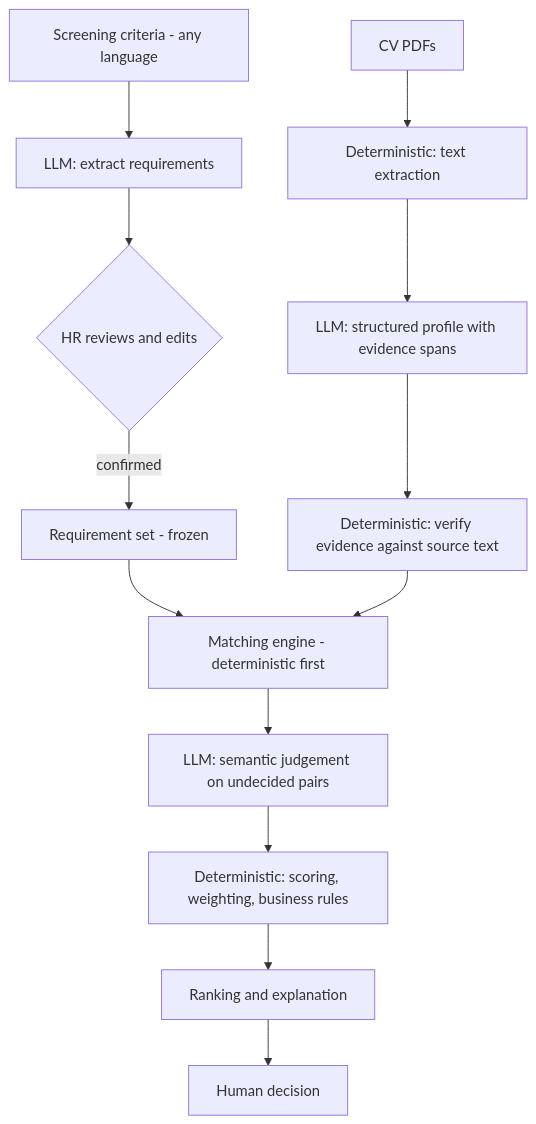
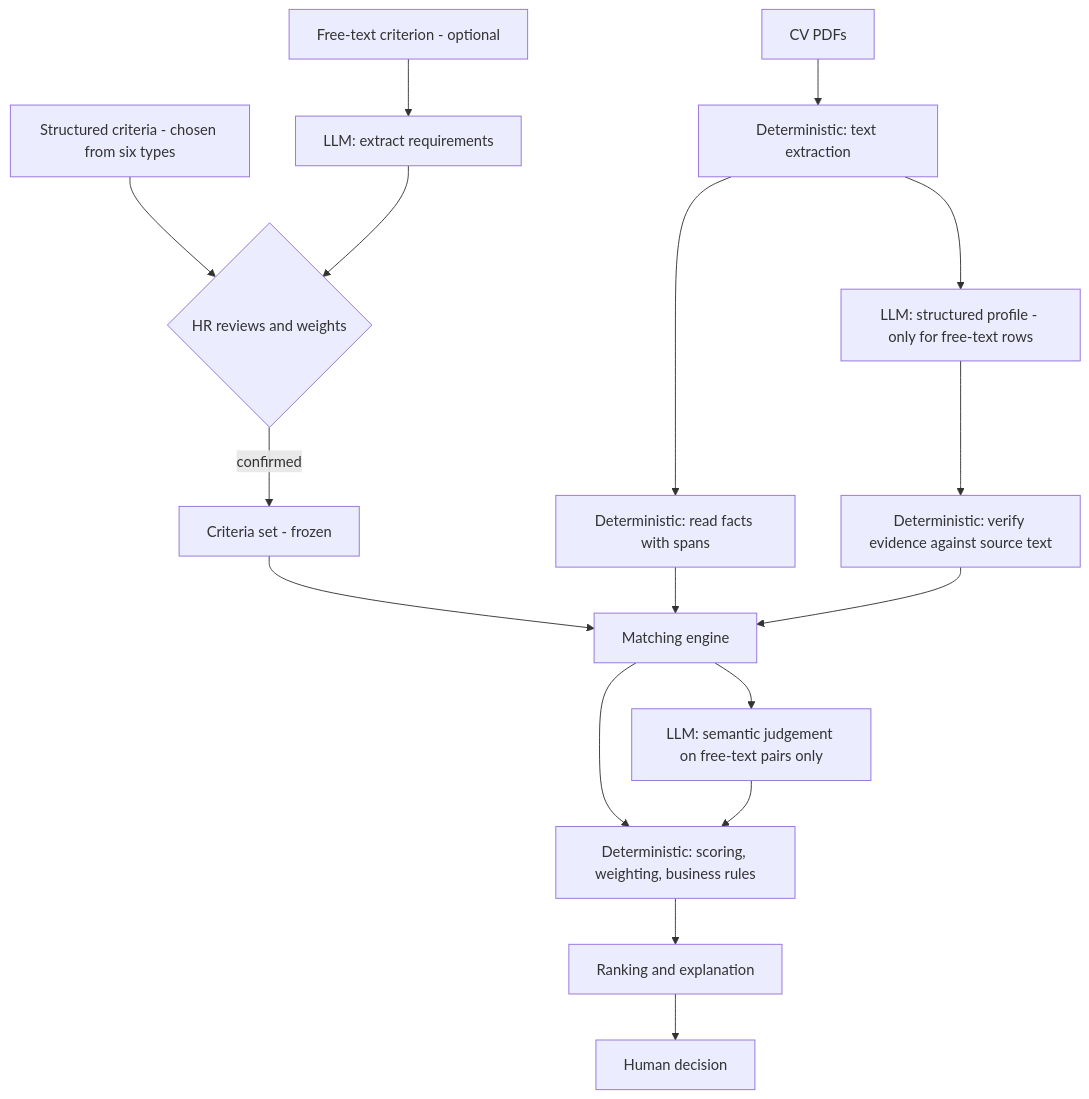
The diagram in README.md (justinchristroper-arch/ai-cv-screener), drawn with Mermaid before and after one commit. The commit also changed other lines of this file and 64 other files, not shown here.

First line of the commit message:
feat: structured, evidence-based screening criteria

````diff
--- a/README.md
+++ b/README.md
@@ -347,15 +409,19 @@
 ```mermaid
 flowchart TD
-    A[Screening criteria - any language] --> B[LLM: extract requirements]
-    B --> C{HR reviews and edits}
-    C -->|confirmed| D[Requirement set - frozen]
+    A[Structured criteria - chosen from six types] --> C{HR reviews and weights}
+    A2[Free-text criterion - optional] --> B[LLM: extract requirements]
+    B --> C
+    C -->|confirmed| D[Criteria set - frozen]
     E[CV PDFs] --> F[Deterministic: text extraction]
-    F --> G[LLM: structured profile with evidence spans]
-    G --> H[Deterministic: verify evidence against source text]
-    D --> I[Matching engine - deterministic first]
+    F --> G[Deterministic: read facts with spans]
+    F --> G2[LLM: structured profile - only for free-text rows]
+    G2 --> H[Deterministic: verify evidence against source text]
+    D --> I[Matching engine]
+    G --> I
     H --> I
-    I --> J[LLM: semantic judgement on undecided pairs]
-    J --> K[Deterministic: scoring, weighting, business rules]
+    I --> J[LLM: semantic judgement on free-text pairs only]
+    I --> K[Deterministic: scoring, weighting, business rules]
+    J --> K
     K --> L[Ranking and explanation]
     L --> M[Human decision]
 ```
````
